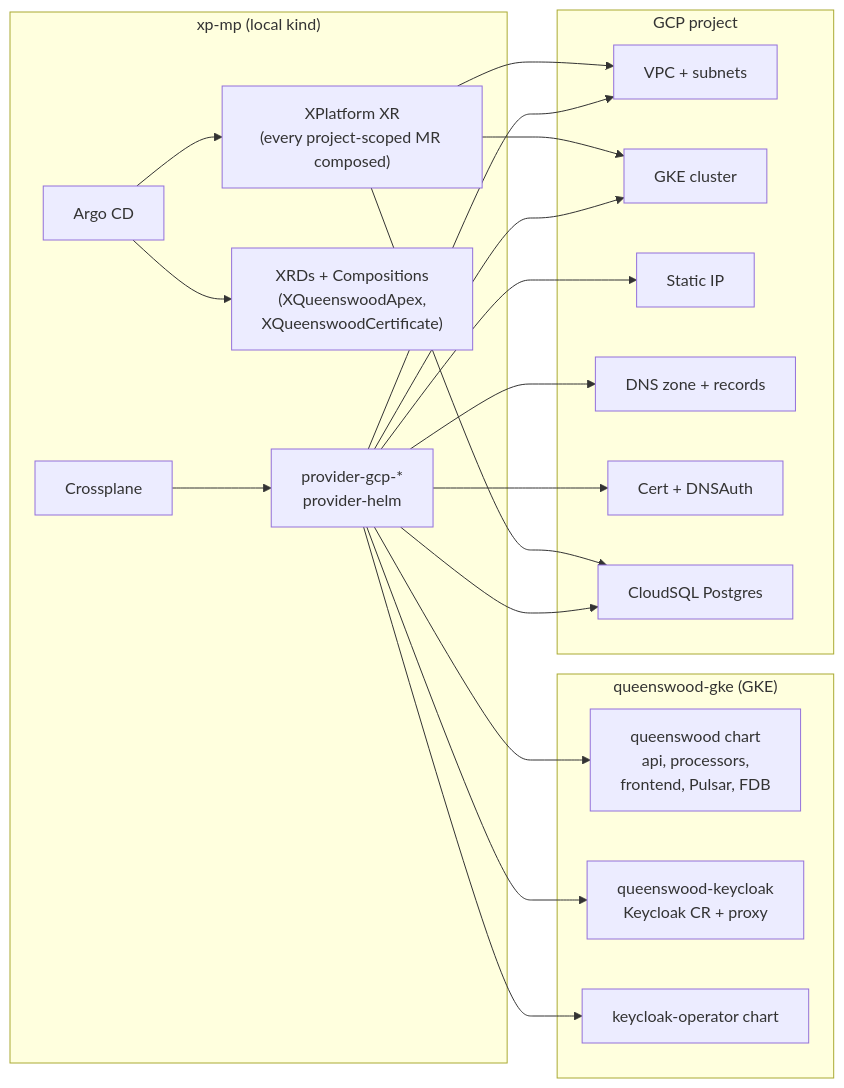
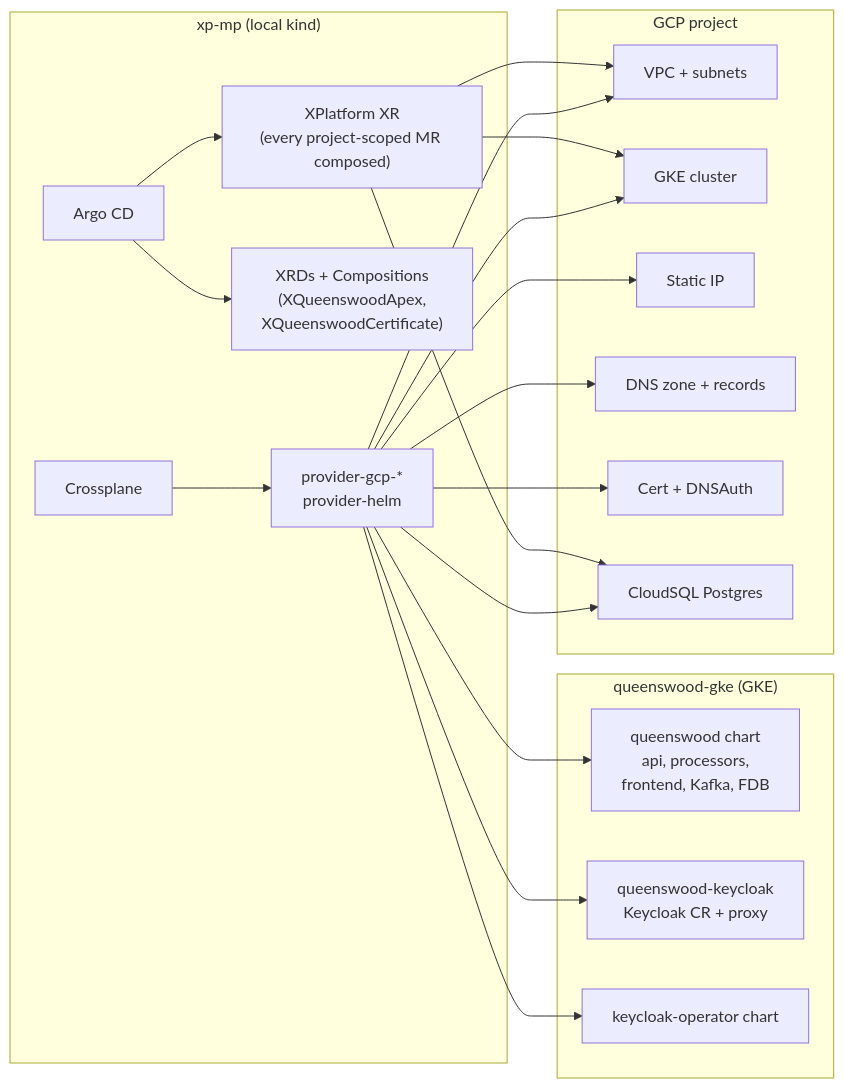
Before and after one commit to kjothen/queenswood: the diagram in docs/tdd/infrastructure.md, drawn with Mermaid. The commit also changed other lines of this file and 32 other files, not shown here.

````diff
--- a/docs/tdd/infrastructure.md
+++ b/docs/tdd/infrastructure.md
@@ -27,38 +27,38 @@
 ```mermaid
 flowchart LR
   subgraph mgmt["xp-mp (local kind)"]
     argo[Argo CD]
     xp[Crossplane]
     providers["provider-gcp-*<br/>provider-helm"]
     xrds["XRDs + Compositions<br/>(XQueenswoodApex,<br/>XQueenswoodCertificate)"]
     qwgcp["XPlatform XR<br/>(every project-scoped MR composed)"]
   end
   subgraph gke["queenswood-gke (GKE)"]
-    qw[queenswood chart<br/>api, processors,<br/>frontend, Pulsar, FDB]
+    qw[queenswood chart<br/>api, processors,<br/>frontend, Kafka, FDB]
     kc[queenswood-keycloak<br/>Keycloak CR + proxy]
     kco[keycloak-operator chart]
   end
   subgraph gcp["GCP project"]
     vpc[VPC + subnets]
     cluster[GKE cluster]
     ip[Static IP]
     dns[DNS zone + records]
     cert[Cert + DNSAuth]
     sql[CloudSQL Postgres]
   end
   argo --> xrds
   argo --> qwgcp
   xp --> providers
   qwgcp --> vpc
   qwgcp --> cluster
   qwgcp --> sql
   providers --> vpc
   providers --> cluster
   providers --> ip
   providers --> dns
   providers --> cert
   providers --> sql
   providers --> qw
   providers --> kc
   providers --> kco
 ```
````
